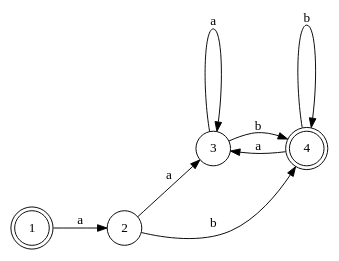
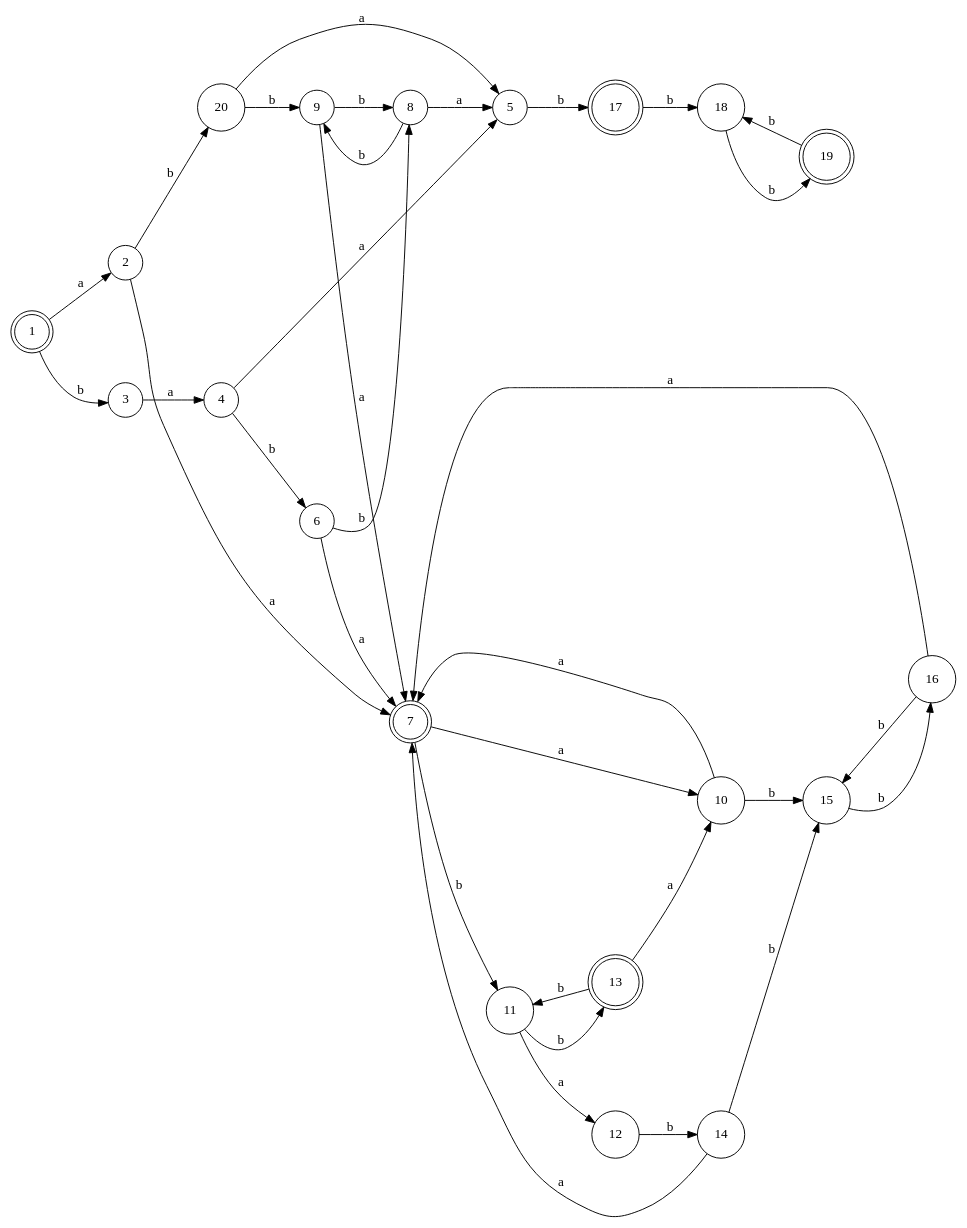
Before and after one commit to jjppp/RE: the diagram in src/DFA.gv, drawn with Graphviz. The commit also changed 5 other files, not shown here.

```diff
--- a/src/DFA.gv
+++ b/src/DFA.gv
@@ -1,17 +1,59 @@
-//Number of Nodes: 4
+//Number of Nodes: 20
 digraph G {
 	nodesep=1.5;
 	ranksep=0.6;
 	rankdir=LR;
 	1 -> 2 [styel=bold,label=" a"];
-	2 -> 3 [styel=bold,label=" a"];
-	2 -> 4 [styel=bold,label=" b"];
-	3 -> 3 [styel=bold,label=" a"];
-	3 -> 4 [styel=bold,label=" b"];
-	4 -> 3 [styel=bold,label=" a"];
-	4 -> 4 [styel=bold,label=" b"];
+	1 -> 3 [styel=bold,label=" b"];
+	2 -> 7 [styel=bold,label=" a"];
+	2 -> 20 [styel=bold,label=" b"];
+	3 -> 4 [styel=bold,label=" a"];
+	4 -> 5 [styel=bold,label=" a"];
+	4 -> 6 [styel=bold,label=" b"];
+	5 -> 17 [styel=bold,label=" b"];
+	6 -> 7 [styel=bold,label=" a"];
+	6 -> 8 [styel=bold,label=" b"];
+	7 -> 10 [styel=bold,label=" a"];
+	7 -> 11 [styel=bold,label=" b"];
+	8 -> 5 [styel=bold,label=" a"];
+	8 -> 9 [styel=bold,label=" b"];
+	9 -> 7 [styel=bold,label=" a"];
+	9 -> 8 [styel=bold,label=" b"];
+	10 -> 7 [styel=bold,label=" a"];
+	10 -> 15 [styel=bold,label=" b"];
+	11 -> 12 [styel=bold,label=" a"];
+	11 -> 13 [styel=bold,label=" b"];
+	12 -> 14 [styel=bold,label=" b"];
+	13 -> 10 [styel=bold,label=" a"];
+	13 -> 11 [styel=bold,label=" b"];
+	14 -> 7 [styel=bold,label=" a"];
+	14 -> 15 [styel=bold,label=" b"];
+	15 -> 16 [styel=bold,label=" b"];
+	16 -> 7 [styel=bold,label=" a"];
+	16 -> 15 [styel=bold,label=" b"];
+	17 -> 18 [styel=bold,label=" b"];
+	18 -> 19 [styel=bold,label=" b"];
+	19 -> 18 [styel=bold,label=" b"];
+	20 -> 5 [styel=bold,label=" a"];
+	20 -> 9 [styel=bold,label=" b"];
 	1:body[shape=doublecircle, width=0.4];
 	2:body[shape=circle, width=0.4];
 	3:body[shape=circle, width=0.4];
-	4:body[shape=doublecircle, width=0.4];
+	4:body[shape=circle, width=0.4];
+	5:body[shape=circle, width=0.4];
+	6:body[shape=circle, width=0.4];
+	7:body[shape=doublecircle, width=0.4];
+	8:body[shape=circle, width=0.4];
+	9:body[shape=circle, width=0.4];
+	10:body[shape=circle, width=0.4];
+	11:body[shape=circle, width=0.4];
+	12:body[shape=circle, width=0.4];
+	13:body[shape=doublecircle, width=0.4];
+	14:body[shape=circle, width=0.4];
+	15:body[shape=circle, width=0.4];
+	16:body[shape=circle, width=0.4];
+	17:body[shape=doublecircle, width=0.4];
+	18:body[shape=circle, width=0.4];
+	19:body[shape=doublecircle, width=0.4];
+	20:body[shape=circle, width=0.4];
 }
```
